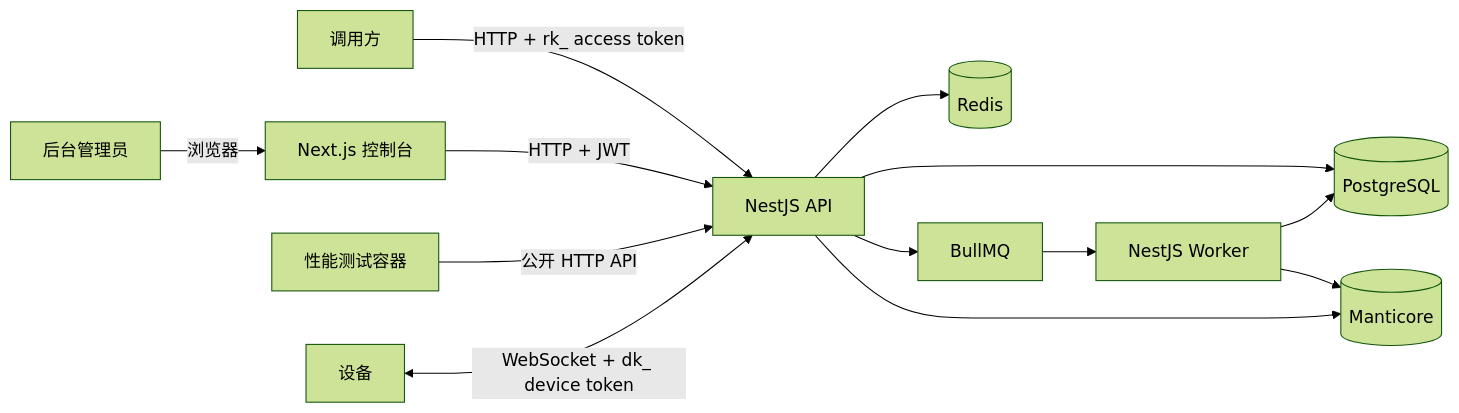
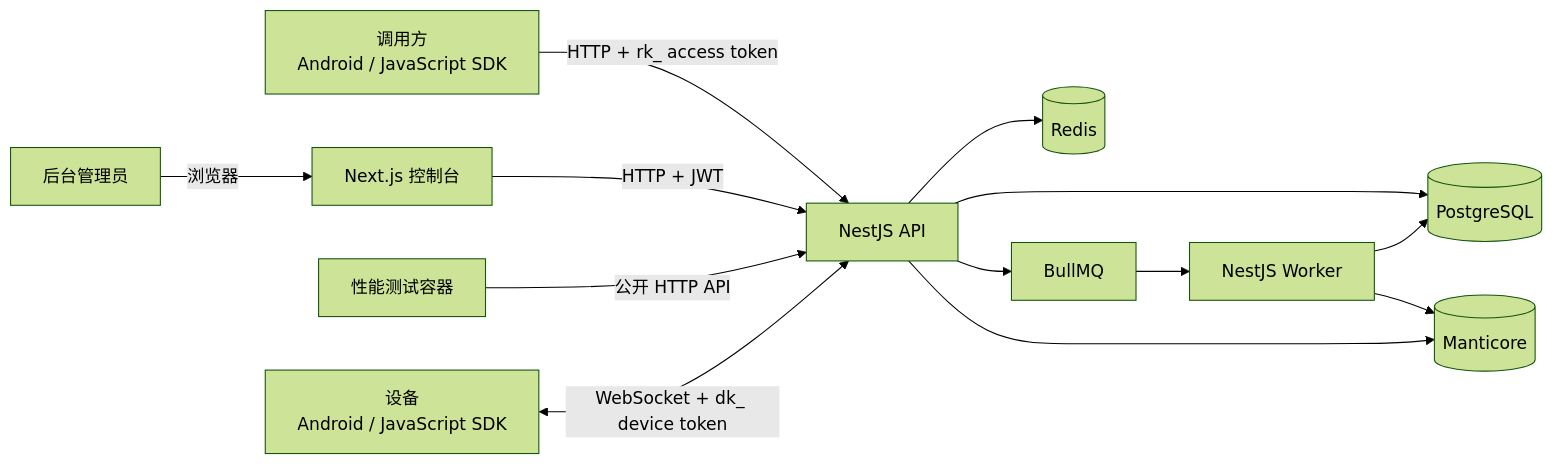
Before and after one commit to rezoch340/R2RPC: the diagram in docs/项目总览-中文.md, drawn with Mermaid (forest theme). The commit also changed other lines of this file and 51 other files, not shown here.

Commit message:
✨ 新增 Android 与 JavaScript SDK

````diff
--- a/docs/项目总览-中文.md
+++ b/docs/项目总览-中文.md
@@ -36,15 +38,15 @@
 ```mermaid
 flowchart LR
-  Caller["调用方"] -->|"HTTP + rk_ access token"| API["NestJS API"]
+  Caller["调用方<br/>Android / JavaScript SDK"] -->|"HTTP + rk_ access token"| API["NestJS API"]
   Admin["后台管理员"] -->|"浏览器"| Frontend["Next.js 控制台"]
   Frontend -->|"HTTP + JWT"| API
   Performance["性能测试容器"] -->|"公开 HTTP API"| API
-  Device["设备"] <-->|"WebSocket + dk_ device token"| API
+  Device["设备<br/>Android / JavaScript SDK"] <-->|"WebSocket + dk_ device token"| API
   API --> PG[("PostgreSQL")]
   API --> Redis[("Redis")]
   API --> Queue["BullMQ"]
   Queue --> Worker["NestJS Worker"]
   Worker --> PG
   Worker --> Search[("Manticore")]
   API --> Search
 ```
````
